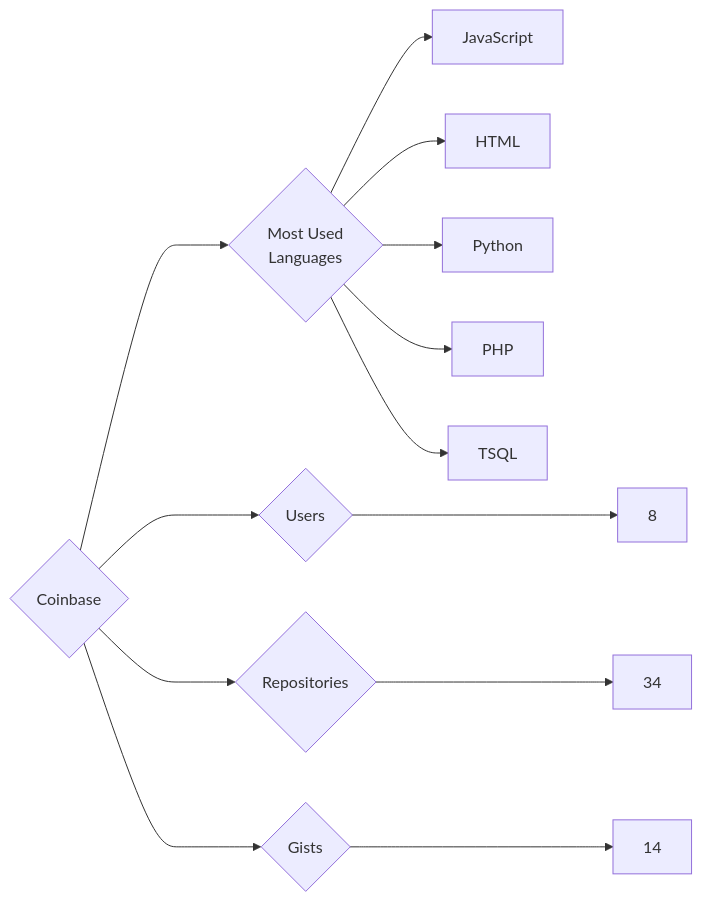
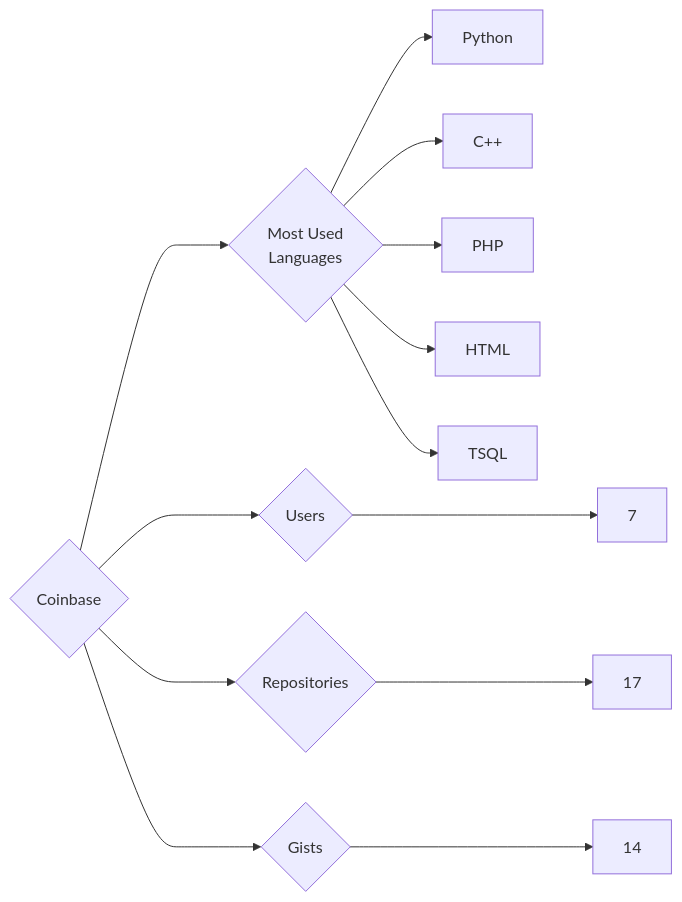
Before and after one commit to trickest/insiders: the diagram in targets/Coinbase/README.md, drawn with Mermaid. The commit also changed 1007 other files, not shown here.

````diff
--- a/targets/Coinbase/README.md
+++ b/targets/Coinbase/README.md
@@ -3,13 +3,13 @@
 ```mermaid
 graph LR
 COMPANY_NAME{Coinbase}
-COMPANY_NAME ---> U{Users} ---> UN[8]
-COMPANY_NAME ---> R{Repositories} ---> RN[34]
+COMPANY_NAME ---> U{Users} ---> UN[7]
+COMPANY_NAME ---> R{Repositories} ---> RN[17]
 COMPANY_NAME ---> G{Gists} ---> GN[14]
 COMPANY_NAME ---> ML{Most Used<br>Languages}
-ML --> JavaScript[JavaScript]
+ML --> Python[Python]
+ML --> C++[C++]
+ML --> PHP[PHP]
 ML --> HTML[HTML]
-ML --> Python[Python]
-ML --> PHP[PHP]
 ML --> TSQL[TSQL]
 ```
````
